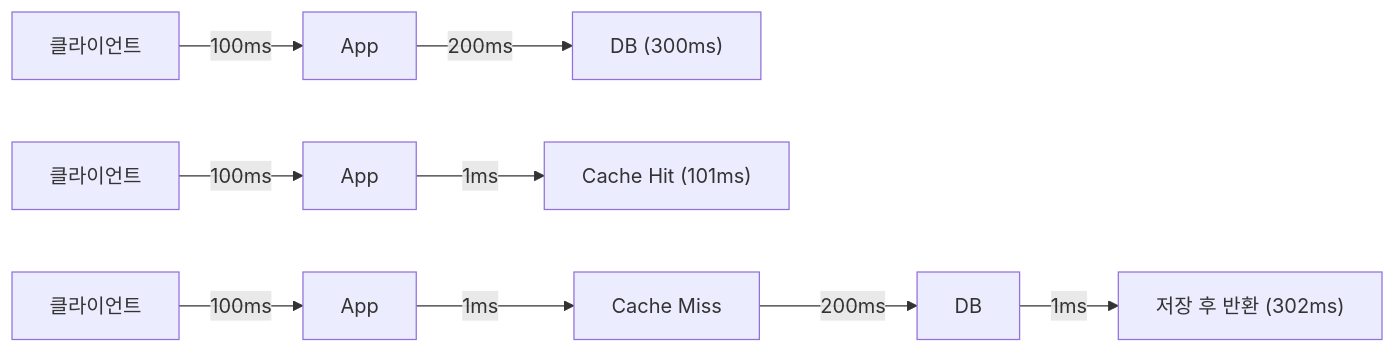
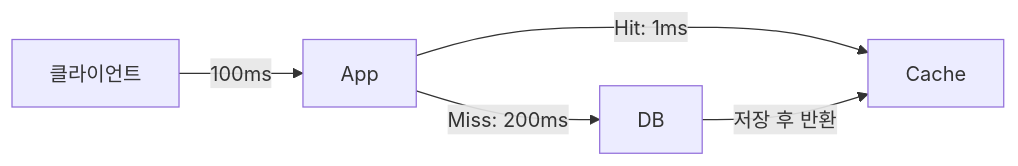
One commit to yjkim2015/yjkim2015.github.io changed the first of 6 diagrams in _posts/caching/2026-05-01-caching-strategy.md. Above: the diagram before and after it, drawn with Mermaid. The commit also changed 155 other files, not shown here.

First line of the commit message:
Mermaid 전면 수정: subgraph 제거, participant/노드/줄수 축소 (342블록)

````diff
--- a/_posts/caching/2026-05-01-caching-strategy.md
+++ b/_posts/caching/2026-05-01-caching-strategy.md
@@ -20,7 +20,7 @@
 ```mermaid
 graph LR
-    C1["클라이언트"] -->|100ms| A1["App"] -->|200ms| DB1["DB (300ms)"]
-    C2["클라이언트"] -->|100ms| A2["App"] -->|1ms| CA["Cache Hit (101ms)"]
-    C3["클라이언트"] -->|100ms| A3["App"] -->|1ms| CM["Cache Miss"]
-    CM -->|200ms| DB3["DB"] -->|1ms| ST["저장 후 반환 (302ms)"]
+    C["클라이언트"] -->|"100ms"| APP["App"]
+    APP -->|"Hit: 1ms"| CA["Cache"]
+    APP -->|"Miss: 200ms"| DB["DB"]
+    DB -->|"저장 후 반환"| CA
 ```
````
